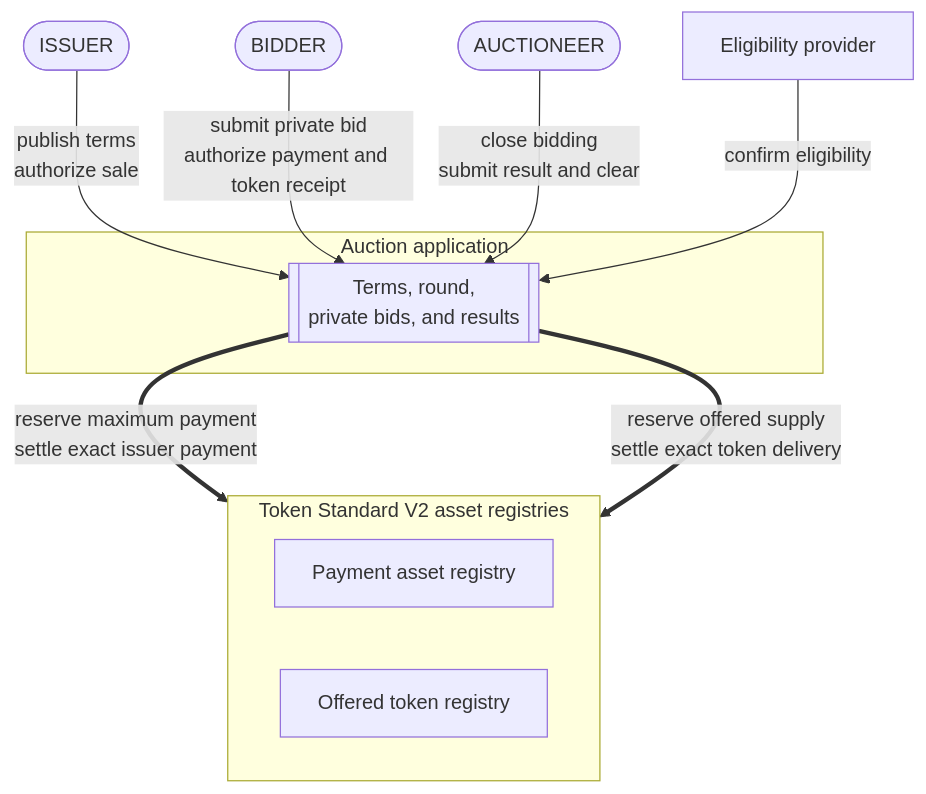
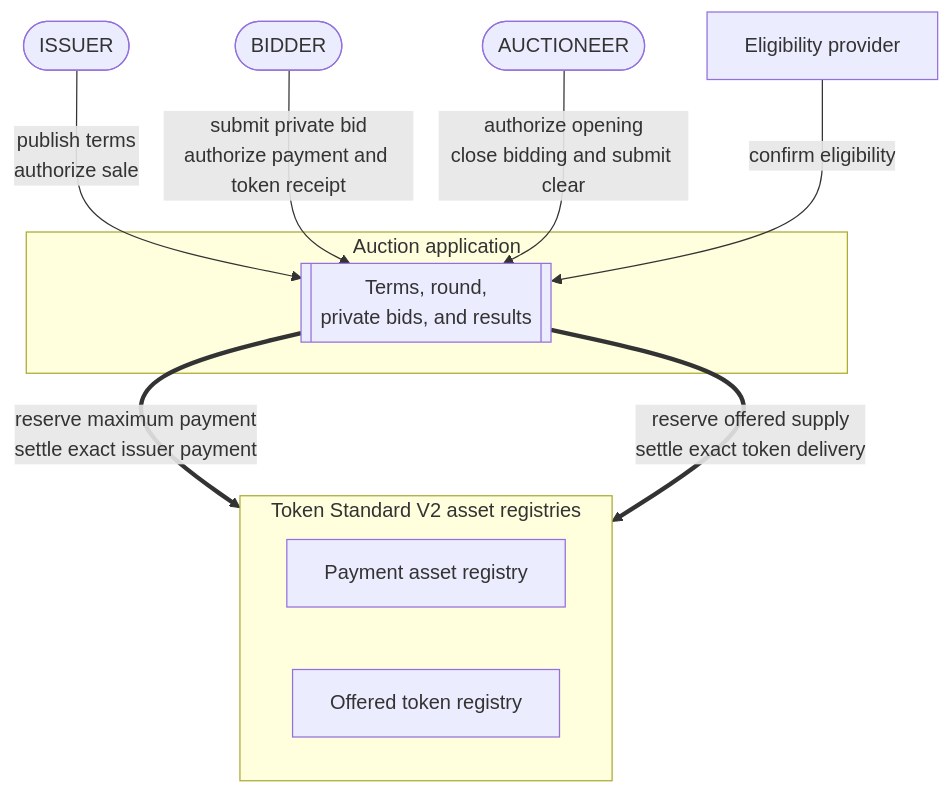
Before and after one commit to OpenZeppelin/canton-specs: the first of 3 diagrams in docs/reference-architectures/confidential-auction.md, drawn with Mermaid. The commit also changed other lines of this file, not shown here.

````diff
--- a/docs/reference-architectures/confidential-auction.md
+++ b/docs/reference-architectures/confidential-auction.md
@@ -124,24 +127,24 @@
 ```mermaid
 flowchart TB
     Issuer([ISSUER])
     Bidder([BIDDER])
     Auctioneer([AUCTIONEER])
     Eligibility["Eligibility provider"]
 
     subgraph App["Auction application"]
         Auction[["Terms, round,<br/>private bids, and results"]]
     end
 
     subgraph Assets["Token Standard V2 asset registries"]
         direction LR
         Payment["Payment asset registry"]
         Token["Offered token registry"]
     end
 
     Issuer -->|"publish terms<br/>authorize sale"| Auction
     Bidder -->|"submit private bid<br/>authorize payment and token receipt"| Auction
-    Auctioneer -->|"close bidding<br/>submit result and clear"| Auction
+    Auctioneer -->|"authorize opening<br/>close bidding and submit clear"| Auction
     Eligibility -->|"confirm eligibility"| Auction
     Auction ==>|"reserve maximum payment<br/>settle exact issuer payment"| Payment
     Auction ==>|"reserve offered supply<br/>settle exact token delivery"| Token
 ```
````
